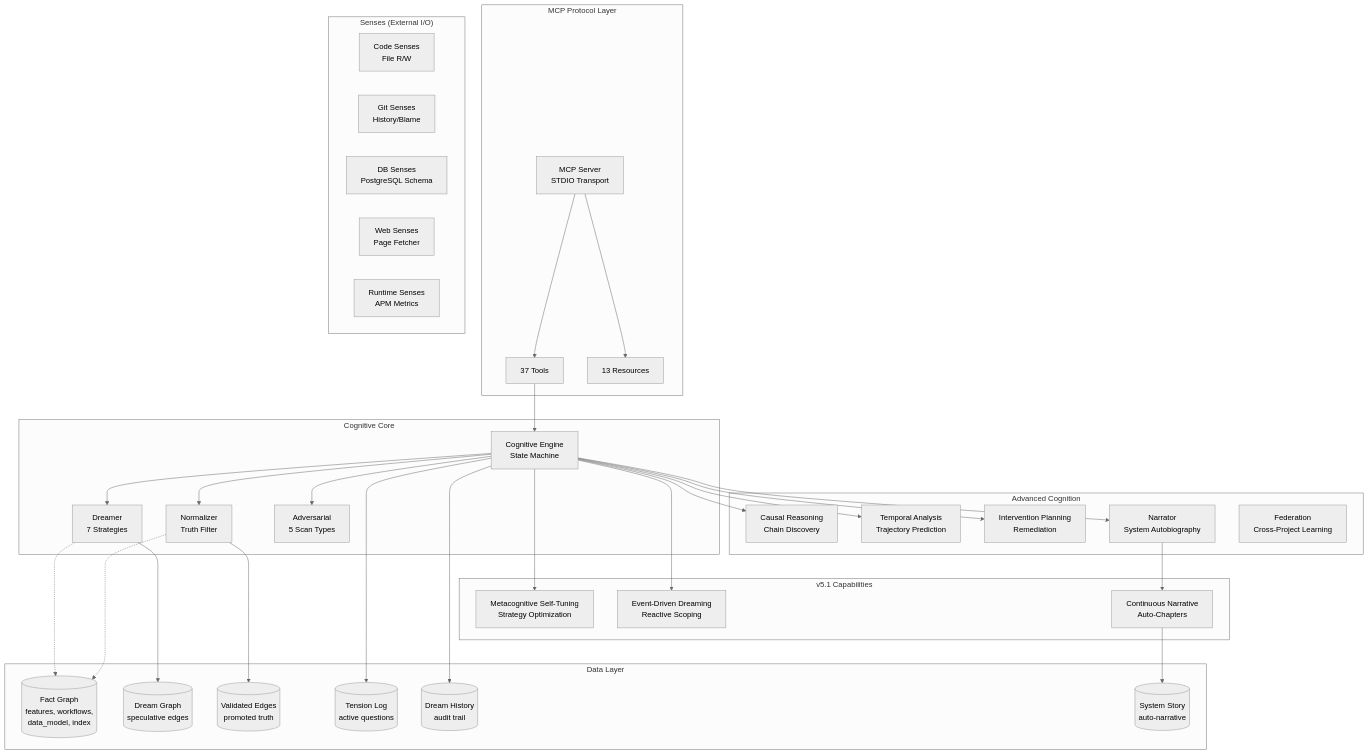
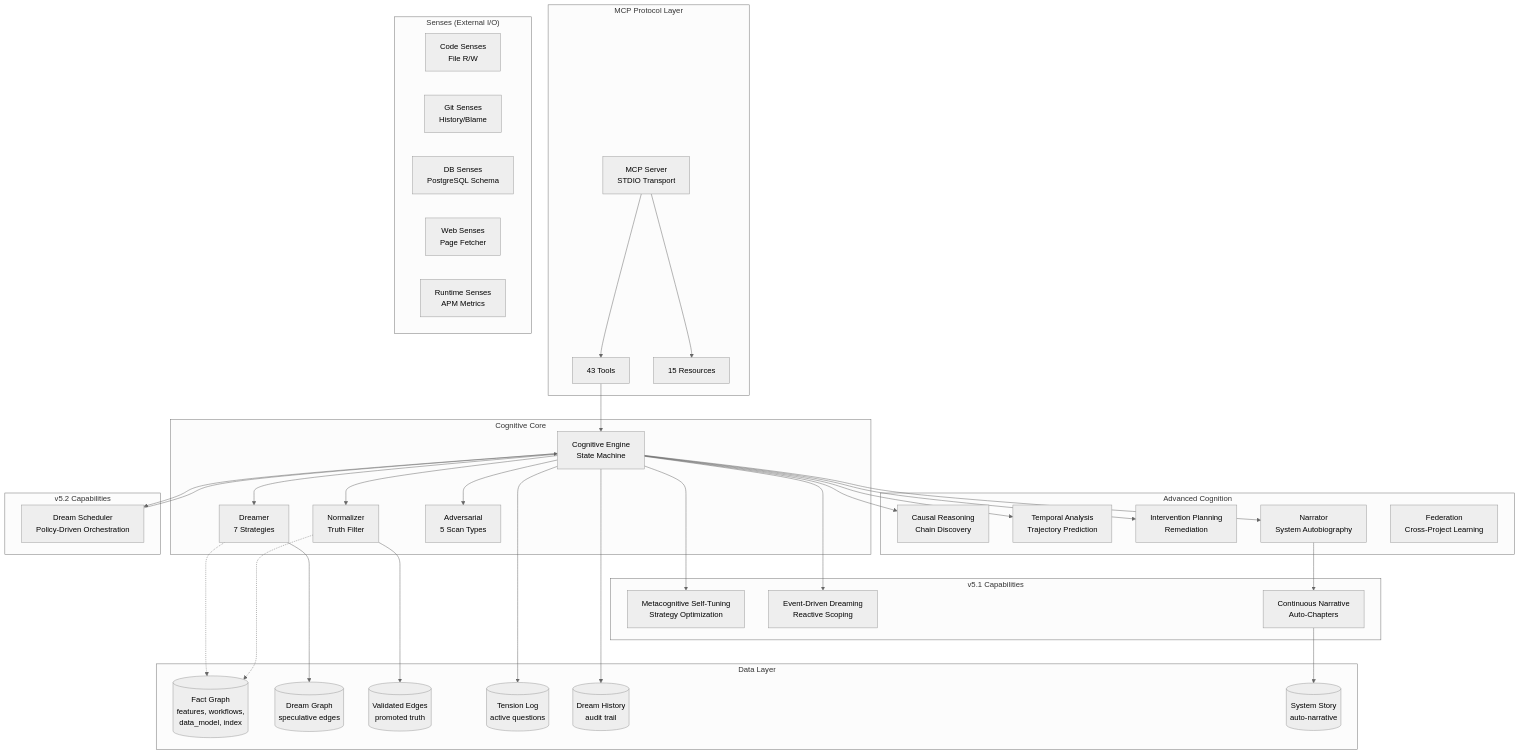
One commit to mmethodz/dreamgraph changed the first of 2 diagrams in docs/architecture.md. Above: the diagram before and after it, drawn with Mermaid (neutral theme). The commit also changed other lines of this file and 10 other files, not shown here.

````diff
--- a/docs/architecture.md
+++ b/docs/architecture.md
@@ -59,67 +59,73 @@
 ```mermaid
 graph TB
     subgraph "MCP Protocol Layer"
         Server["MCP Server<br/>STDIO Transport"]
-        Tools["37 Tools"]
-        Resources["13 Resources"]
+        Tools["43 Tools"]
+        Resources["15 Resources"]
     end
 
     subgraph "Cognitive Core"
         Engine["Cognitive Engine<br/>State Machine"]
         Dreamer["Dreamer<br/>7 Strategies"]
         Normalizer["Normalizer<br/>Truth Filter"]
         Adversarial["Adversarial<br/>5 Scan Types"]
     end
 
     subgraph "Advanced Cognition"
         Causal["Causal Reasoning<br/>Chain Discovery"]
         Temporal["Temporal Analysis<br/>Trajectory Prediction"]
         Intervention["Intervention Planning<br/>Remediation"]
         Narrator["Narrator<br/>System Autobiography"]
         Federation["Federation<br/>Cross-Project Learning"]
     end
 
     subgraph "v5.1 Capabilities"
         Metacognition["Metacognitive Self-Tuning<br/>Strategy Optimization"]
         EventRouter["Event-Driven Dreaming<br/>Reactive Scoping"]
         ContinuousNarrative["Continuous Narrative<br/>Auto-Chapters"]
+    end
+
+    subgraph "v5.2 Capabilities"
+        Scheduler["Dream Scheduler<br/>Policy-Driven Orchestration"]
     end
 
     subgraph "Senses (External I/O)"
         Code["Code Senses<br/>File R/W"]
         Git["Git Senses<br/>History/Blame"]
         DB["DB Senses<br/>PostgreSQL Schema"]
         Web["Web Senses<br/>Page Fetcher"]
         Runtime["Runtime Senses<br/>APM Metrics"]
     end
 
     subgraph "Data Layer"
         FactGraph[("Fact Graph<br/>features, workflows,<br/>data_model, index")]
         DreamGraph[("Dream Graph<br/>speculative edges")]
         Validated[("Validated Edges<br/>promoted truth")]
         Tensions[("Tension Log<br/>active questions")]
         History[("Dream History<br/>audit trail")]
         Story[("System Story<br/>auto-narrative")]
     end
 
     Server --> Tools
     Server --> Resources
     Tools --> Engine
     Engine --> Dreamer
     Engine --> Normalizer
     Engine --> Adversarial
     Engine --> Causal
     Engine --> Temporal
     Engine --> Intervention
     Engine --> Narrator
     Engine --> Metacognition
     Engine --> EventRouter
+    Engine --> Scheduler
     Narrator --> ContinuousNarrative
+    Scheduler --> Engine
     Dreamer --> DreamGraph
     Normalizer --> Validated
     Engine --> Tensions
     Engine --> History
     ContinuousNarrative --> Story
     Dreamer -.-> FactGraph
     Normalizer -.-> FactGraph
 ```
````
